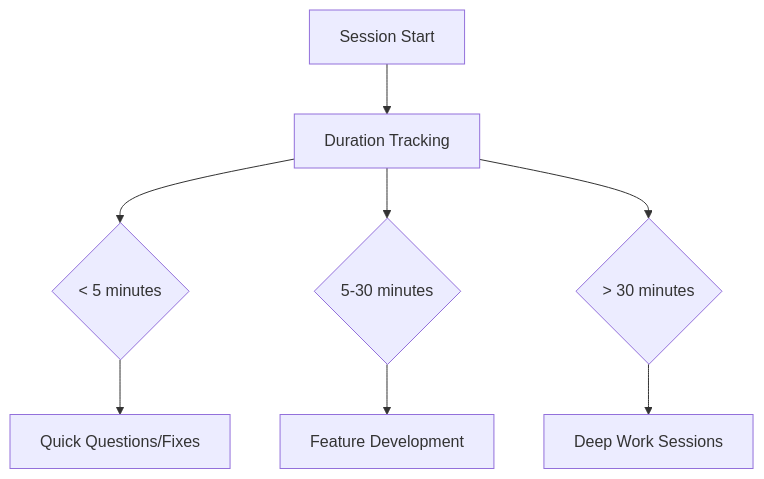
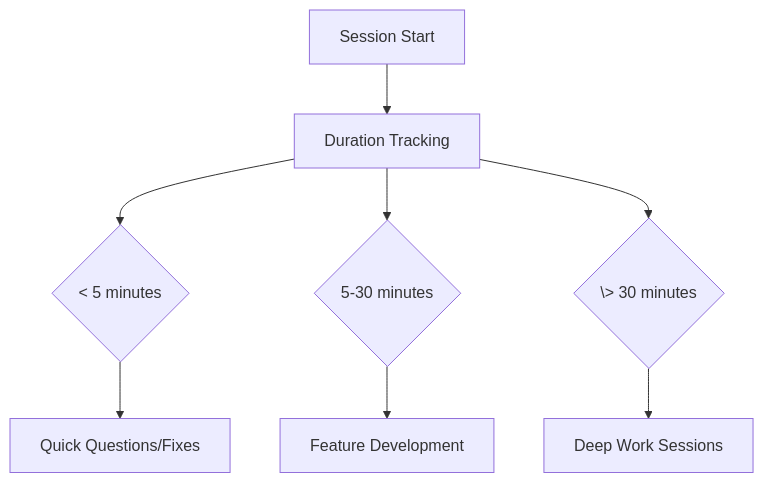
One commit to katchu11/claude-code-guide changed the first of 3 diagrams in claude_code_roi_full.md. Above: the diagram before and after it, drawn with Mermaid.

Commit message:
simple mermaid fix

````diff
--- a/claude_code_roi_full.md
+++ b/claude_code_roi_full.md
@@ -205,10 +205,10 @@
 ```mermaid
 graph TD
     A[Session Start] --> B[Duration Tracking]
     B --> C{< 5 minutes}
     B --> D{5-30 minutes}
-    B --> E{> 30 minutes}
+    B --> E{\> 30 minutes}
     C --> F[Quick Questions/Fixes]
     D --> G[Feature Development]
     E --> H[Deep Work Sessions]
 ```
````
